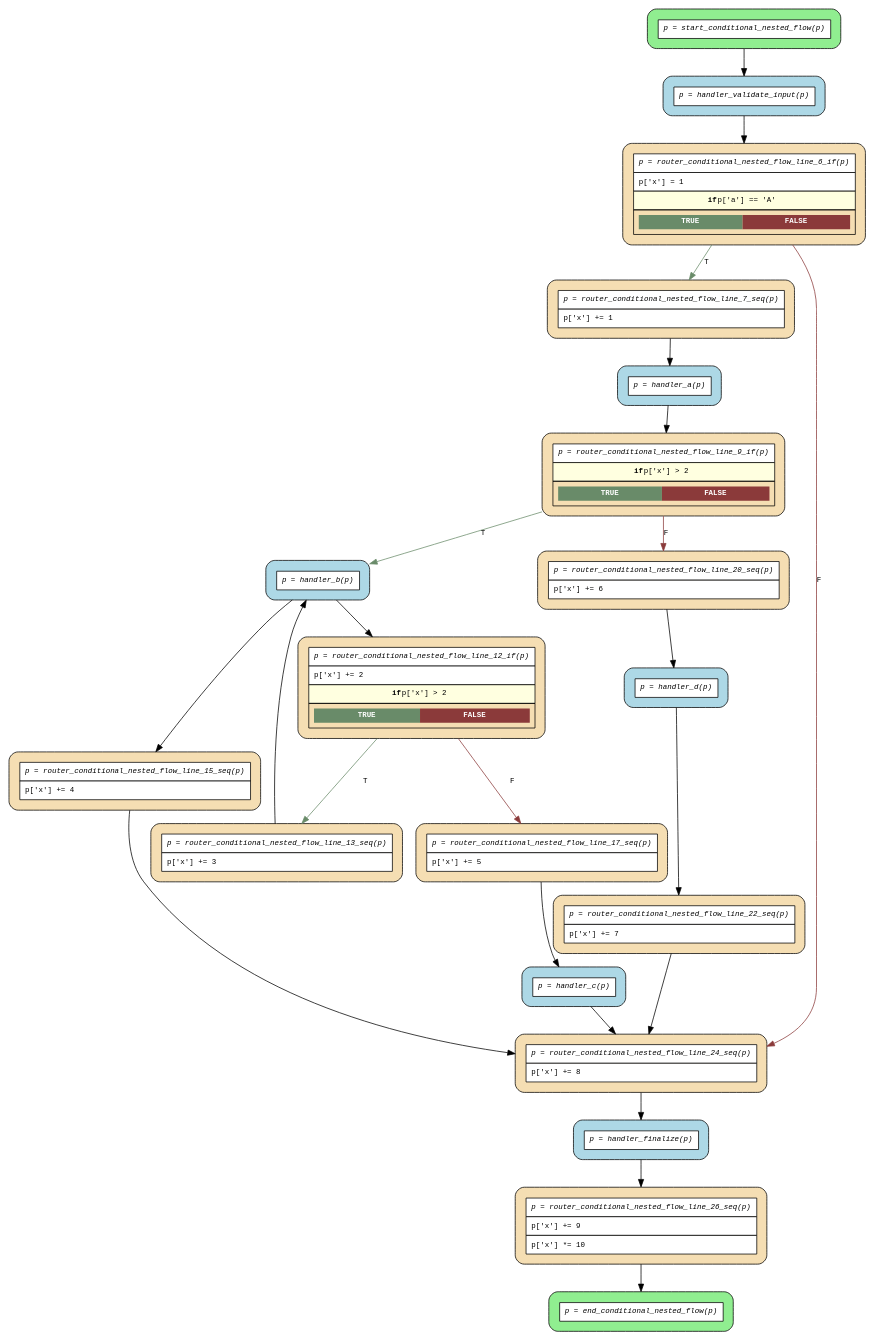
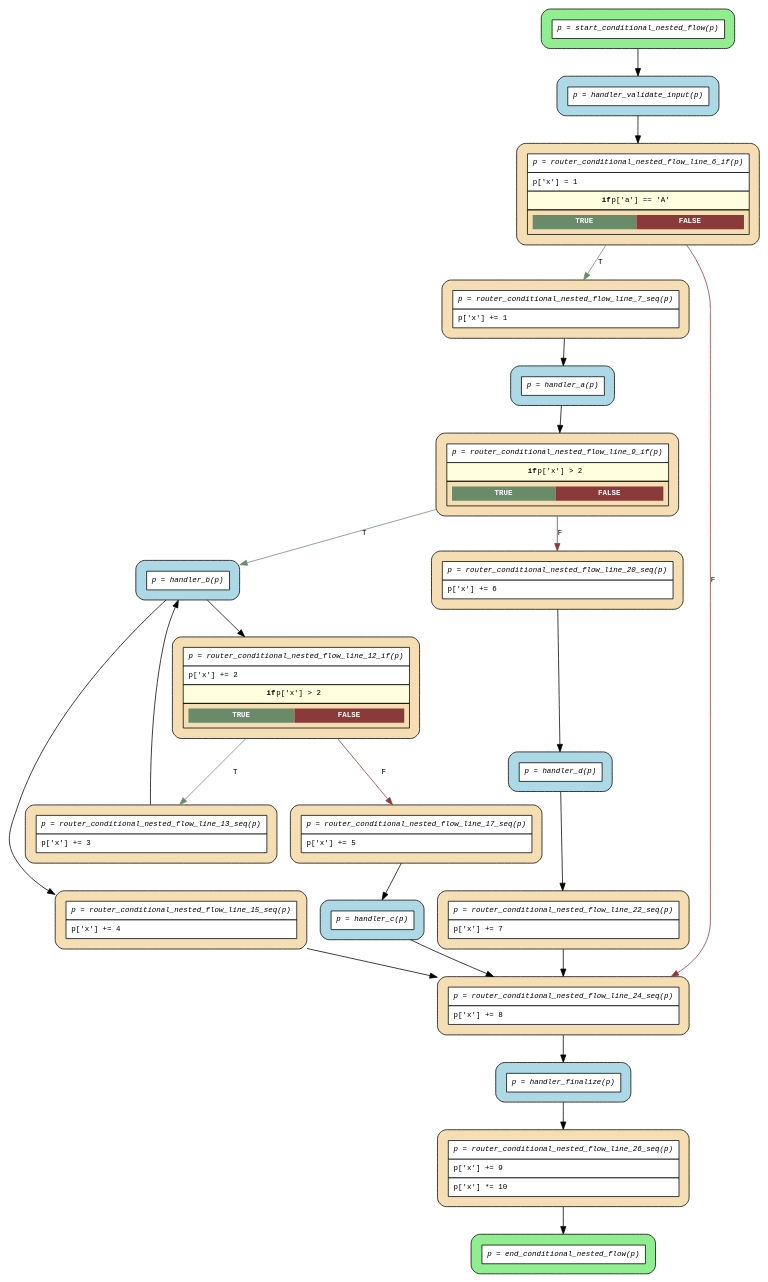
Before and after one commit to mrhillsman-enterprise-ai/asya: the diagram in examples/flows/compiled/if_nested/flow.dot, drawn with Graphviz. The commit also changed 98 other files, not shown here.

```diff
--- a/examples/flows/compiled/if_nested/flow.dot
+++ b/examples/flows/compiled/if_nested/flow.dot
@@ -1,49 +1,49 @@
 digraph flow {
   rankdir=TB;
   graph [fontname="Courier", fontsize=10];
   node [fontname="Courier", fontsize=10, shape=box, style="filled,rounded", margin="0.2"];
   edge [fontname="Courier", fontsize=10];
 
-  start_conditional_nested_flow [fillcolor="lightgreen", label=<<table border="0" cellspacing="0" cellpadding="6" cellborder="1"><tr><td bgcolor="white" align="center"><i>p = start_conditional_nested_flow(p)</i></td></tr></table>>];
-  router_conditional_nested_flow_line_15_seq [fillcolor="wheat", label=<<table border="0" cellspacing="0" cellpadding="6" cellborder="1"><tr><td bgcolor="white" align="center"><i>p = router_conditional_nested_flow_line_15_seq(p)</i></td></tr><tr><td bgcolor="white" align="left">p['x'] += 4</td></tr></table>>];
-  router_conditional_nested_flow_line_13_seq [fillcolor="wheat", label=<<table border="0" cellspacing="0" cellpadding="6" cellborder="1"><tr><td bgcolor="white" align="center"><i>p = router_conditional_nested_flow_line_13_seq(p)</i></td></tr><tr><td bgcolor="white" align="left">p['x'] += 3</td></tr></table>>];
-  router_conditional_nested_flow_line_17_seq [fillcolor="wheat", label=<<table border="0" cellspacing="0" cellpadding="6" cellborder="1"><tr><td bgcolor="white" align="center"><i>p = router_conditional_nested_flow_line_17_seq(p)</i></td></tr><tr><td bgcolor="white" align="left">p['x'] += 5</td></tr></table>>];
-  router_conditional_nested_flow_line_12_if [fillcolor="wheat", label=<<table border="0" cellspacing="0" cellpadding="6" cellborder="1"><tr><td bgcolor="white" align="center"><i>p = router_conditional_nested_flow_line_12_if(p)</i></td></tr><tr><td bgcolor="white" align="left">p['x'] += 2</td></tr><tr><td bgcolor="lightyellow"><b>if</b> p['x'] &gt; 2</td></tr><tr><td><table border="0" cellspacing="0" cellpadding="4"><tr><td bgcolor="darkseagreen4"><font color="white"><b>TRUE</b></font></td><td bgcolor="indianred4"><font color="white"><b>FALSE</b></font></td></tr></table></td></tr></table>>];
-  router_conditional_nested_flow_line_22_seq [fillcolor="wheat", label=<<table border="0" cellspacing="0" cellpadding="6" cellborder="1"><tr><td bgcolor="white" align="center"><i>p = router_conditional_nested_flow_line_22_seq(p)</i></td></tr><tr><td bgcolor="white" align="left">p['x'] += 7</td></tr></table>>];
-  router_conditional_nested_flow_line_20_seq [fillcolor="wheat", label=<<table border="0" cellspacing="0" cellpadding="6" cellborder="1"><tr><td bgcolor="white" align="center"><i>p = router_conditional_nested_flow_line_20_seq(p)</i></td></tr><tr><td bgcolor="white" align="left">p['x'] += 6</td></tr></table>>];
-  router_conditional_nested_flow_line_9_if [fillcolor="wheat", label=<<table border="0" cellspacing="0" cellpadding="6" cellborder="1"><tr><td bgcolor="white" align="center"><i>p = router_conditional_nested_flow_line_9_if(p)</i></td></tr><tr><td bgcolor="lightyellow"><b>if</b> p['x'] &gt; 2</td></tr><tr><td><table border="0" cellspacing="0" cellpadding="4"><tr><td bgcolor="darkseagreen4"><font color="white"><b>TRUE</b></font></td><td bgcolor="indianred4"><font color="white"><b>FALSE</b></font></td></tr></table></td></tr></table>>];
-  router_conditional_nested_flow_line_7_seq [fillcolor="wheat", label=<<table border="0" cellspacing="0" cellpadding="6" cellborder="1"><tr><td bgcolor="white" align="center"><i>p = router_conditional_nested_flow_line_7_seq(p)</i></td></tr><tr><td bgcolor="white" align="left">p['x'] += 1</td></tr></table>>];
-  router_conditional_nested_flow_line_26_seq [fillcolor="wheat", label=<<table border="0" cellspacing="0" cellpadding="6" cellborder="1"><tr><td bgcolor="white" align="center"><i>p = router_conditional_nested_flow_line_26_seq(p)</i></td></tr><tr><td bgcolor="white" align="left">p['x'] += 9</td></tr><tr><td bgcolor="white" align="left">p['x'] *= 10</td></tr></table>>];
-  router_conditional_nested_flow_line_24_seq [fillcolor="wheat", label=<<table border="0" cellspacing="0" cellpadding="6" cellborder="1"><tr><td bgcolor="white" align="center"><i>p = router_conditional_nested_flow_line_24_seq(p)</i></td></tr><tr><td bgcolor="white" align="left">p['x'] += 8</td></tr></table>>];
-  router_conditional_nested_flow_line_6_if [fillcolor="wheat", label=<<table border="0" cellspacing="0" cellpadding="6" cellborder="1"><tr><td bgcolor="white" align="center"><i>p = router_conditional_nested_flow_line_6_if(p)</i></td></tr><tr><td bgcolor="white" align="left">p['x'] = 1</td></tr><tr><td bgcolor="lightyellow"><b>if</b> p['a'] == 'A'</td></tr><tr><td><table border="0" cellspacing="0" cellpadding="4"><tr><td bgcolor="darkseagreen4"><font color="white"><b>TRUE</b></font></td><td bgcolor="indianred4"><font color="white"><b>FALSE</b></font></td></tr></table></td></tr></table>>];
-  end_conditional_nested_flow [fillcolor="lightgreen", label=<<table border="0" cellspacing="0" cellpadding="6" cellborder="1"><tr><td bgcolor="white" align="center"><i>p = end_conditional_nested_flow(p)</i></td></tr></table>>];
+  start_conditional_nested_flow [fillcolor="lightgreen", group="main", label=<<table border="0" cellspacing="0" cellpadding="6" cellborder="1"><tr><td bgcolor="white" align="center"><i>p = start_conditional_nested_flow(p)</i></td></tr></table>>];
+  router_conditional_nested_flow_line_15_seq [fillcolor="wheat", group="main", label=<<table border="0" cellspacing="0" cellpadding="6" cellborder="1"><tr><td bgcolor="white" align="center"><i>p = router_conditional_nested_flow_line_15_seq(p)</i></td></tr><tr><td bgcolor="white" align="left">p['x'] += 4</td></tr></table>>];
+  router_conditional_nested_flow_line_13_seq [fillcolor="wheat", group="main", label=<<table border="0" cellspacing="0" cellpadding="6" cellborder="1"><tr><td bgcolor="white" align="center"><i>p = router_conditional_nested_flow_line_13_seq(p)</i></td></tr><tr><td bgcolor="white" align="left">p['x'] += 3</td></tr></table>>];
+  router_conditional_nested_flow_line_17_seq [fillcolor="wheat", group="main", label=<<table border="0" cellspacing="0" cellpadding="6" cellborder="1"><tr><td bgcolor="white" align="center"><i>p = router_conditional_nested_flow_line_17_seq(p)</i></td></tr><tr><td bgcolor="white" align="left">p['x'] += 5</td></tr></table>>];
+  router_conditional_nested_flow_line_12_if [fillcolor="wheat", group="main", label=<<table border="0" cellspacing="0" cellpadding="6" cellborder="1"><tr><td bgcolor="white" align="center"><i>p = router_conditional_nested_flow_line_12_if(p)</i></td></tr><tr><td bgcolor="white" align="left">p['x'] += 2</td></tr><tr><td bgcolor="lightyellow"><b>if</b> p['x'] &gt; 2</td></tr><tr><td><table border="0" cellspacing="0" cellpadding="4"><tr><td bgcolor="darkseagreen4"><font color="white"><b>TRUE</b></font></td><td bgcolor="indianred4"><font color="white"><b>FALSE</b></font></td></tr></table></td></tr></table>>];
+  router_conditional_nested_flow_line_22_seq [fillcolor="wheat", group="main", label=<<table border="0" cellspacing="0" cellpadding="6" cellborder="1"><tr><td bgcolor="white" align="center"><i>p = router_conditional_nested_flow_line_22_seq(p)</i></td></tr><tr><td bgcolor="white" align="left">p['x'] += 7</td></tr></table>>];
+  router_conditional_nested_flow_line_20_seq [fillcolor="wheat", group="main", label=<<table border="0" cellspacing="0" cellpadding="6" cellborder="1"><tr><td bgcolor="white" align="center"><i>p = router_conditional_nested_flow_line_20_seq(p)</i></td></tr><tr><td bgcolor="white" align="left">p['x'] += 6</td></tr></table>>];
+  router_conditional_nested_flow_line_9_if [fillcolor="wheat", group="main", label=<<table border="0" cellspacing="0" cellpadding="6" cellborder="1"><tr><td bgcolor="white" align="center"><i>p = router_conditional_nested_flow_line_9_if(p)</i></td></tr><tr><td bgcolor="lightyellow"><b>if</b> p['x'] &gt; 2</td></tr><tr><td><table border="0" cellspacing="0" cellpadding="4"><tr><td bgcolor="darkseagreen4"><font color="white"><b>TRUE</b></font></td><td bgcolor="indianred4"><font color="white"><b>FALSE</b></font></td></tr></table></td></tr></table>>];
+  router_conditional_nested_flow_line_7_seq [fillcolor="wheat", group="main", label=<<table border="0" cellspacing="0" cellpadding="6" cellborder="1"><tr><td bgcolor="white" align="center"><i>p = router_conditional_nested_flow_line_7_seq(p)</i></td></tr><tr><td bgcolor="white" align="left">p['x'] += 1</td></tr></table>>];
+  router_conditional_nested_flow_line_26_seq [fillcolor="wheat", group="main", label=<<table border="0" cellspacing="0" cellpadding="6" cellborder="1"><tr><td bgcolor="white" align="center"><i>p = router_conditional_nested_flow_line_26_seq(p)</i></td></tr><tr><td bgcolor="white" align="left">p['x'] += 9</td></tr><tr><td bgcolor="white" align="left">p['x'] *= 10</td></tr></table>>];
+  router_conditional_nested_flow_line_24_seq [fillcolor="wheat", group="main", label=<<table border="0" cellspacing="0" cellpadding="6" cellborder="1"><tr><td bgcolor="white" align="center"><i>p = router_conditional_nested_flow_line_24_seq(p)</i></td></tr><tr><td bgcolor="white" align="left">p['x'] += 8</td></tr></table>>];
+  router_conditional_nested_flow_line_6_if [fillcolor="wheat", group="main", label=<<table border="0" cellspacing="0" cellpadding="6" cellborder="1"><tr><td bgcolor="white" align="center"><i>p = router_conditional_nested_flow_line_6_if(p)</i></td></tr><tr><td bgcolor="white" align="left">p['x'] = 1</td></tr><tr><td bgcolor="lightyellow"><b>if</b> p['a'] == 'A'</td></tr><tr><td><table border="0" cellspacing="0" cellpadding="4"><tr><td bgcolor="darkseagreen4"><font color="white"><b>TRUE</b></font></td><td bgcolor="indianred4"><font color="white"><b>FALSE</b></font></td></tr></table></td></tr></table>>];
+  end_conditional_nested_flow [fillcolor="lightgreen", group="main", label=<<table border="0" cellspacing="0" cellpadding="6" cellborder="1"><tr><td bgcolor="white" align="center"><i>p = end_conditional_nested_flow(p)</i></td></tr></table>>];
   handler_a [fillcolor="lightblue", label=<<table border="0" cellspacing="0" cellpadding="6" cellborder="1"><tr><td bgcolor="white" align="center"><i>p = handler_a(p)</i></td></tr></table>>];
   handler_b [fillcolor="lightblue", label=<<table border="0" cellspacing="0" cellpadding="6" cellborder="1"><tr><td bgcolor="white" align="center"><i>p = handler_b(p)</i></td></tr></table>>];
   handler_c [fillcolor="lightblue", label=<<table border="0" cellspacing="0" cellpadding="6" cellborder="1"><tr><td bgcolor="white" align="center"><i>p = handler_c(p)</i></td></tr></table>>];
   handler_d [fillcolor="lightblue", label=<<table border="0" cellspacing="0" cellpadding="6" cellborder="1"><tr><td bgcolor="white" align="center"><i>p = handler_d(p)</i></td></tr></table>>];
   handler_finalize [fillcolor="lightblue", label=<<table border="0" cellspacing="0" cellpadding="6" cellborder="1"><tr><td bgcolor="white" align="center"><i>p = handler_finalize(p)</i></td></tr></table>>];
   handler_validate_input [fillcolor="lightblue", label=<<table border="0" cellspacing="0" cellpadding="6" cellborder="1"><tr><td bgcolor="white" align="center"><i>p = handler_validate_input(p)</i></td></tr></table>>];
 
   handler_a -> router_conditional_nested_flow_line_9_if;
   handler_b -> router_conditional_nested_flow_line_12_if;
   handler_b -> router_conditional_nested_flow_line_15_seq;
   handler_c -> router_conditional_nested_flow_line_24_seq;
   handler_d -> router_conditional_nested_flow_line_22_seq;
   handler_finalize -> router_conditional_nested_flow_line_26_seq;
   handler_validate_input -> router_conditional_nested_flow_line_6_if;
   router_conditional_nested_flow_line_12_if -> router_conditional_nested_flow_line_13_seq [label="T", color=darkseagreen4];
   router_conditional_nested_flow_line_12_if -> router_conditional_nested_flow_line_17_seq [label="F", color=indianred4];
   router_conditional_nested_flow_line_13_seq -> handler_b;
   router_conditional_nested_flow_line_15_seq -> router_conditional_nested_flow_line_24_seq;
   router_conditional_nested_flow_line_17_seq -> handler_c;
   router_conditional_nested_flow_line_20_seq -> handler_d;
   router_conditional_nested_flow_line_22_seq -> router_conditional_nested_flow_line_24_seq;
   router_conditional_nested_flow_line_24_seq -> handler_finalize;
   router_conditional_nested_flow_line_26_seq -> end_conditional_nested_flow;
   router_conditional_nested_flow_line_6_if -> router_conditional_nested_flow_line_24_seq [label="F", color=indianred4];
   router_conditional_nested_flow_line_6_if -> router_conditional_nested_flow_line_7_seq [label="T", color=darkseagreen4];
   router_conditional_nested_flow_line_7_seq -> handler_a;
   router_conditional_nested_flow_line_9_if -> handler_b [label="T", color=darkseagreen4];
   router_conditional_nested_flow_line_9_if -> router_conditional_nested_flow_line_20_seq [label="F", color=indianred4];
   start_conditional_nested_flow -> handler_validate_input;
 }
```
